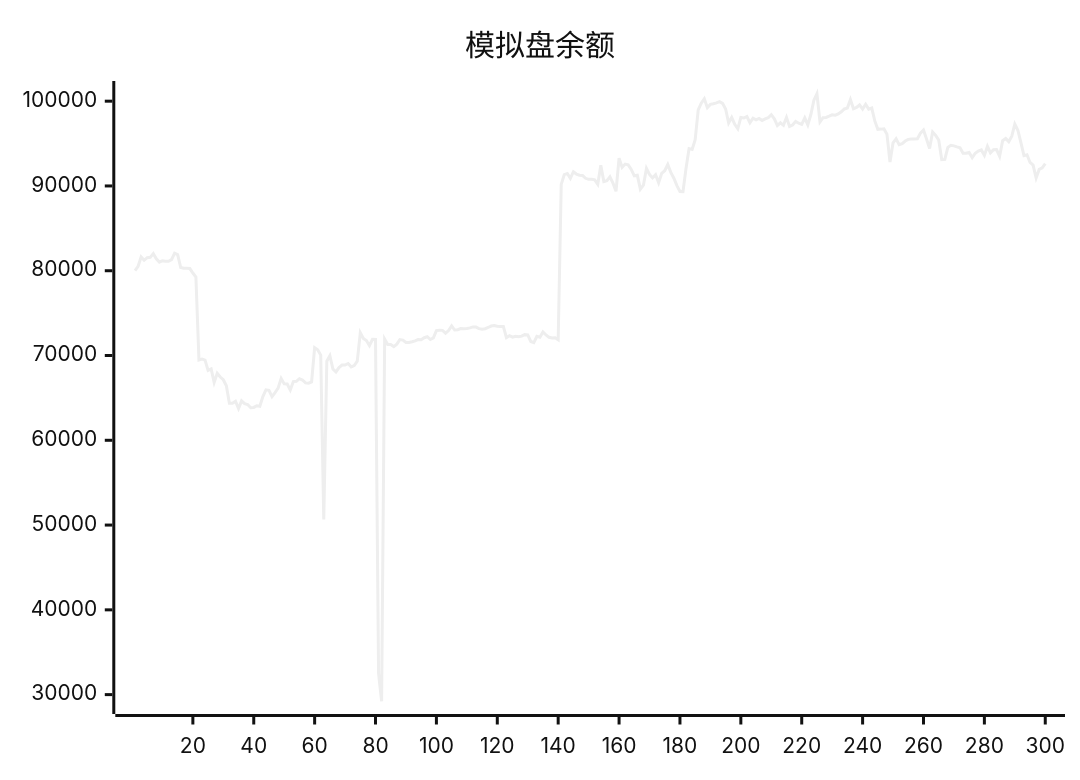
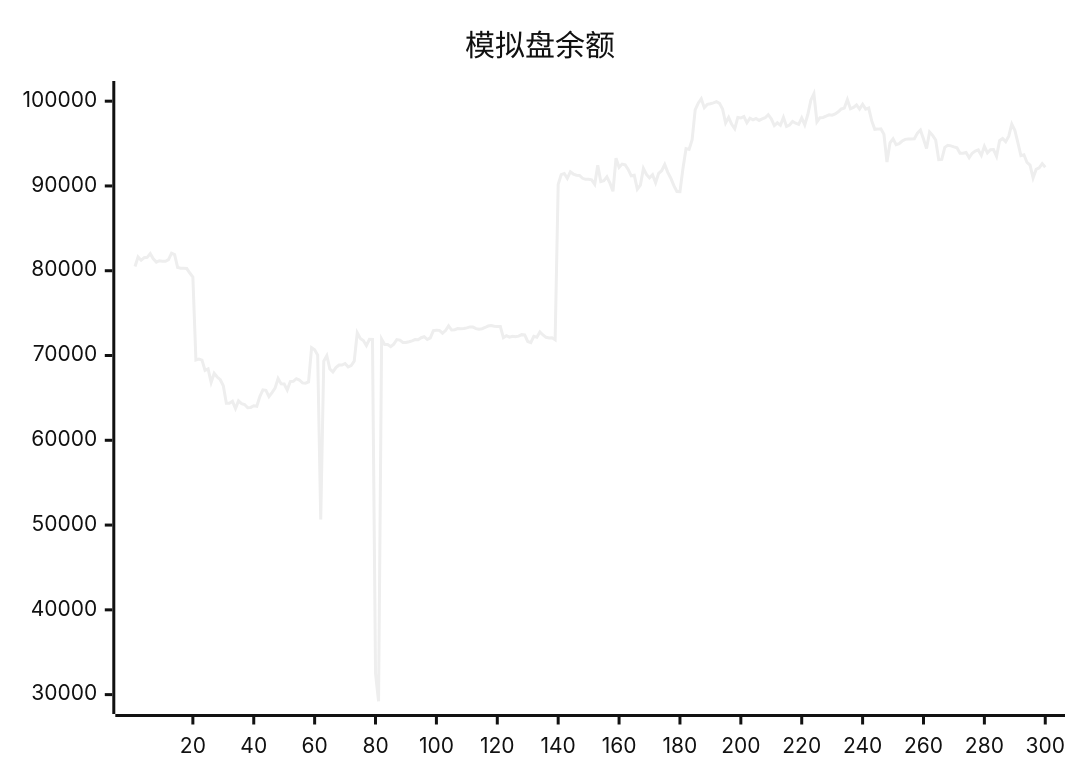
Before and after one commit to aahl/ai-trading: the diagram in README.md, drawn with Mermaid (neutral theme). The commit also changed other lines of this file and 1 other file, not shown here.

````diff
--- a/README.md
+++ b/README.md
@@ -5,5 +5,5 @@
 ```mermaid
 xychart
     title "模拟盘余额"
-    line [80016,80507,81625,81233,81544,81578,82016,81401,81019,81186,81130,81118,81306,82066,81909,80392,80304,80291,80258,79729,79261,69466,69579,69456,68251,68415,66832,67911,67462,67144,66432,64380,64375,64606,63740,64647,64324,64216,63842,63877,64078,64008,65156,65945,65888,65157,65625,66144,67284,66653,66639,65924,66925,66956,67263,67108,66766,66729,66886,70927,70673,70049,50652,69334,69973,68400,68061,68578,68876,68879,69055,68662,68822,69329,72687,71999,71760,71162,71911,71896,32500,29218,71927,71297,71305,71044,71337,71883,71822,71536,71536,71622,71723,71880,71860,72100,72216,71887,72077,72940,72976,72966,72638,72948,73497,73004,73041,73173,73160,73186,73258,73375,73351,73173,73098,73161,73305,73474,73536,73457,73413,73412,72100,72333,72164,72272,72204,72285,72461,72421,71652,71521,72267,72157,72774,72424,72144,72060,72091,71858,90185,91338,91466,90900,91678,91404,91268,91244,90903,90779,90787,90721,90187,92429,90518,90619,91070,90328,89376,93286,92202,92581,92485,91947,91196,91259,89619,90086,92063,91355,90950,91327,90373,91498,91800,92531,91603,90910,90031,89351,89334,92097,94406,94315,95455,98972,99763,100286,99229,99622,99701,99805,99938,99738,99082,97430,98094,97267,96741,98081,98013,98194,97447,97983,97789,97969,97729,97911,98043,98405,97912,97120,97448,97154,98095,97021,97190,97616,97402,97263,98035,97210,98424,100120,100876,97552,98049,98085,98228,98388,98342,98488,98750,99086,99181,100188,99107,99272,99553,99072,99636,99061,99186,97674,96679,96704,96743,96096,92830,95088,95560,94866,94995,95295,95497,95531,95527,95559,96236,96597,95538,94422,96363,95972,95418,93094,93128,94558,94795,94727,94611,94508,93857,93852,93954,93340,93862,94112,94249,93603,94682,93898,94267,94288,93490,95337,95601,95226,95879,97301,96573,95113,93569,93681,92773,92453,90952,91954,92130,92637]
+    line [80507,81625,81233,81544,81578,82016,81401,81019,81186,81130,81118,81306,82066,81909,80392,80304,80291,80258,79729,79261,69466,69579,69456,68251,68415,66832,67911,67462,67144,66432,64380,64375,64606,63740,64647,64324,64216,63842,63877,64078,64008,65156,65945,65888,65157,65625,66144,67284,66653,66639,65924,66925,66956,67263,67108,66766,66729,66886,70927,70673,70049,50652,69334,69973,68400,68061,68578,68876,68879,69055,68662,68822,69329,72687,71999,71760,71162,71911,71896,32500,29218,71927,71297,71305,71044,71337,71883,71822,71536,71536,71622,71723,71880,71860,72100,72216,71887,72077,72940,72976,72966,72638,72948,73497,73004,73041,73173,73160,73186,73258,73375,73351,73173,73098,73161,73305,73474,73536,73457,73413,73412,72100,72333,72164,72272,72204,72285,72461,72421,71652,71521,72267,72157,72774,72424,72144,72060,72091,71858,90185,91338,91466,90900,91678,91404,91268,91244,90903,90779,90787,90721,90187,92429,90518,90619,91070,90328,89376,93286,92202,92581,92485,91947,91196,91259,89619,90086,92063,91355,90950,91327,90373,91498,91800,92531,91603,90910,90031,89351,89334,92097,94406,94315,95455,98972,99763,100286,99229,99622,99701,99805,99938,99738,99082,97430,98094,97267,96741,98081,98013,98194,97447,97983,97789,97969,97729,97911,98043,98405,97912,97120,97448,97154,98095,97021,97190,97616,97402,97263,98035,97210,98424,100120,100876,97552,98049,98085,98228,98388,98342,98488,98750,99086,99181,100188,99107,99272,99553,99072,99636,99061,99186,97674,96679,96704,96743,96096,92830,95088,95560,94866,94995,95295,95497,95531,95527,95559,96236,96597,95538,94422,96363,95972,95418,93094,93128,94558,94795,94727,94611,94508,93857,93852,93954,93340,93862,94112,94249,93603,94682,93898,94267,94288,93490,95337,95601,95226,95879,97301,96573,95113,93569,93681,92773,92453,90952,91954,92130,92637,92209]
 ```
````
